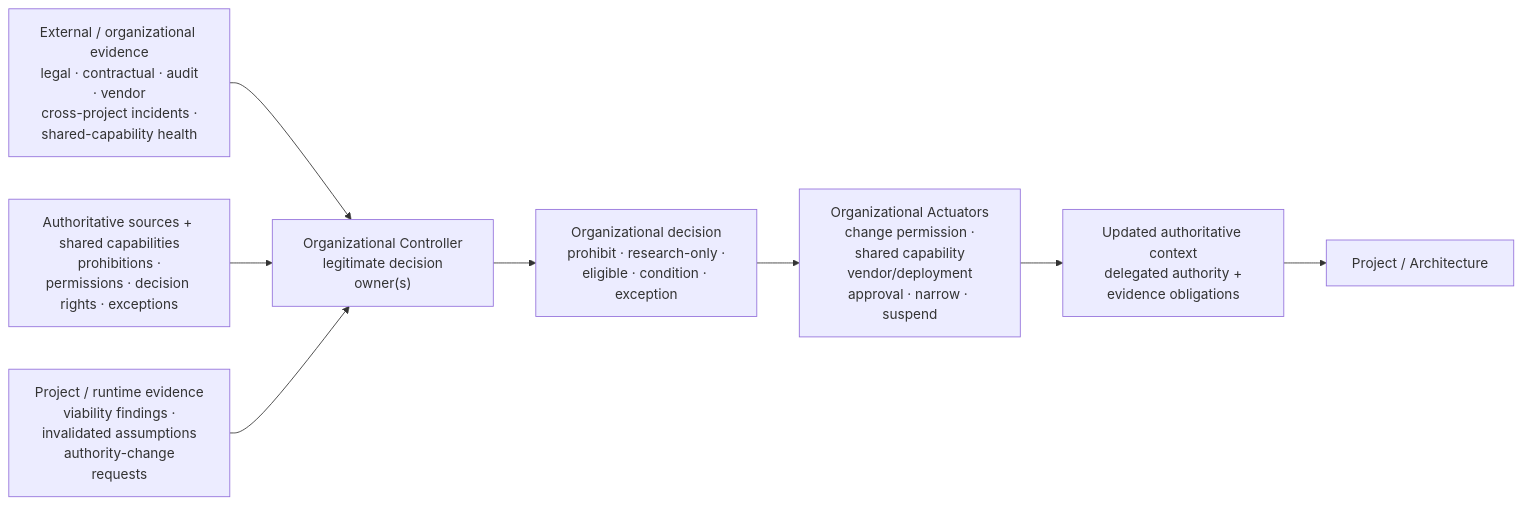
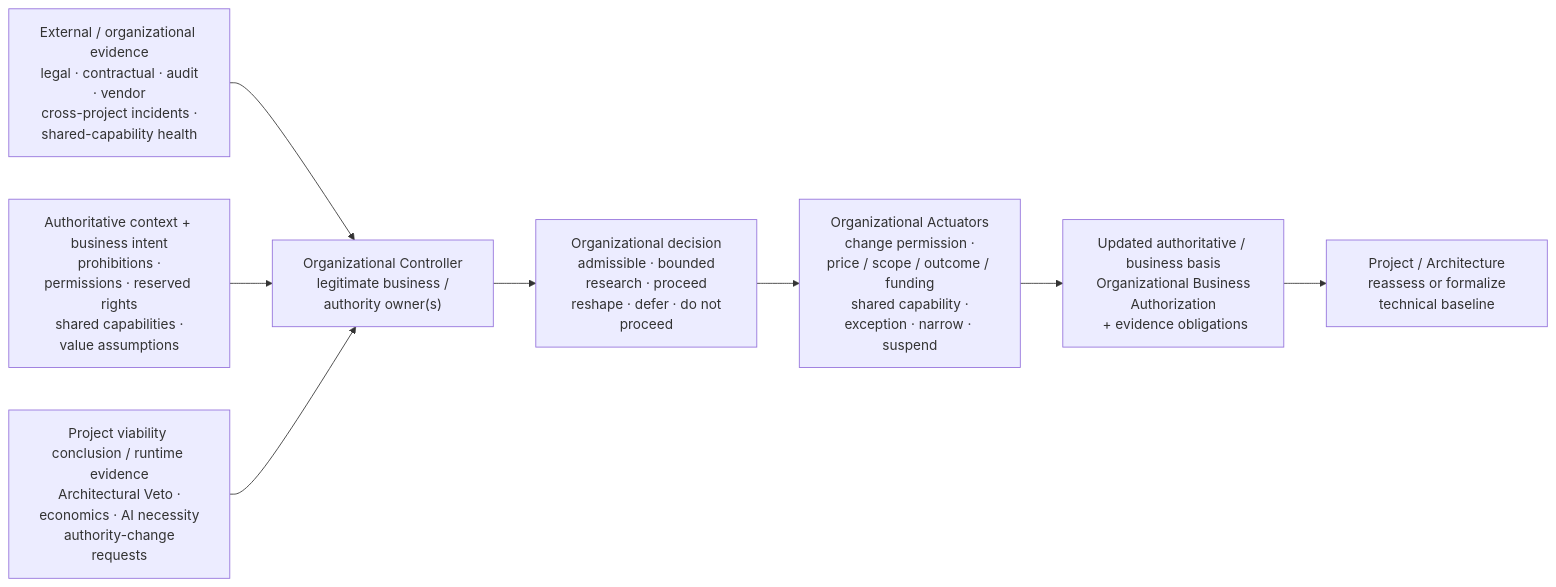
Before and after one commit to UncertaintyArchitectureGroup/uncertainty-architecture: the tenth of 15 diagrams in content/research/notes/open-engineering-specification-article-draft.md, drawn with Mermaid. The commit also changed other lines of this file, not shown here.

Commit message:
docs(article): rewrite section 4 decision ownership model

````diff
--- a/content/research/notes/open-engineering-specification-article-draft.md
+++ b/content/research/notes/open-engineering-specification-article-draft.md
@@ -611,16 +621,16 @@
 ```mermaid
 flowchart LR
     EXT["External / organizational evidence<br/> legal · contractual · audit · vendor<br/> cross-project incidents · shared-capability health"]
-    AUTH["Authoritative sources + shared capabilities<br/> prohibitions · permissions · decision rights · exceptions"]
-    LOW["Project / runtime evidence<br/> viability findings · invalidated assumptions<br/> authority-change requests"]
-    C["Organizational Controller<br/> legitimate decision owner(s)"]
-    D["Organizational decision<br/> prohibit · research-only · eligible · condition · exception"]
-    A["Organizational Actuators<br/> change permission · shared capability<br/> vendor/deployment approval · narrow · suspend"]
-    OUT["Updated authoritative context<br/> delegated authority + evidence obligations"]
-    P["Project / Architecture"]
+    AUTH["Authoritative context + business intent<br/> prohibitions · permissions · reserved rights<br/> shared capabilities · value assumptions"]
+    LOW["Project viability conclusion / runtime evidence<br/> Architectural Veto · economics · AI necessity<br/> authority-change requests"]
+    C["Organizational Controller<br/> legitimate business / authority owner(s)"]
+    D["Organizational decision<br/> admissible · bounded research · proceed<br/> reshape · defer · do not proceed"]
+    A["Organizational Actuators<br/> change permission · price / scope / outcome / funding<br/> shared capability · exception · narrow · suspend"]
+    OUT["Updated authoritative / business basis<br/> Organizational Business Authorization<br/> + evidence obligations"]
+    P["Project / Architecture<br/> reassess or formalize technical baseline"]
 
     EXT --> C
     AUTH --> C
     LOW --> C
     C --> D --> A --> OUT --> P
 ```
````
